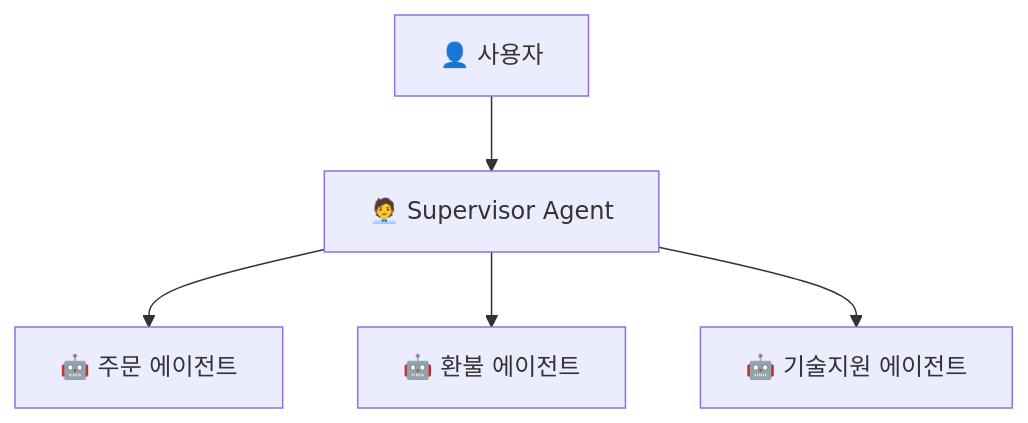
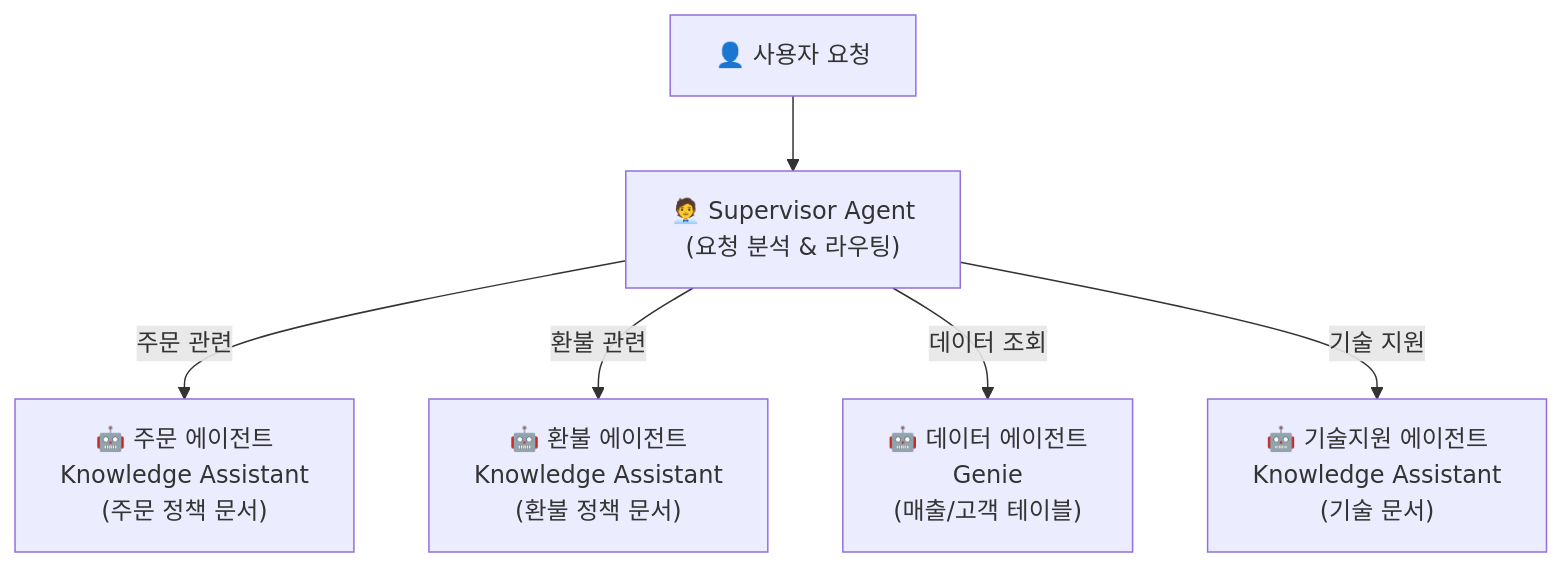
The second of 2 diagrams in 10-agent-development/agent-bricks.md (SimyungYang/simyung-dbx-training), drawn with Mermaid before and after one commit. The commit also changed other lines of this file and 3 other files, not shown here.

````diff
--- a/10-agent-development/agent-bricks.md
+++ b/10-agent-development/agent-bricks.md
@@ -35,7 +73,8 @@
 ```mermaid
 graph TB
-    U["👤 사용자"] --> S["🧑‍💼 Supervisor Agent"]
-    S --> A1["🤖 주문 에이전트"]
-    S --> A2["🤖 환불 에이전트"]
-    S --> A3["🤖 기술지원 에이전트"]
+    U["👤 사용자 요청"] --> S["🧑‍💼 Supervisor Agent<br/>(요청 분석 & 라우팅)"]
+    S -->|"주문 관련"| A1["🤖 주문 에이전트<br/>Knowledge Assistant<br/>(주문 정책 문서)"]
+    S -->|"환불 관련"| A2["🤖 환불 에이전트<br/>Knowledge Assistant<br/>(환불 정책 문서)"]
+    S -->|"데이터 조회"| A3["🤖 데이터 에이전트<br/>Genie<br/>(매출/고객 테이블)"]
+    S -->|"기술 지원"| A4["🤖 기술지원 에이전트<br/>Knowledge Assistant<br/>(기술 문서)"]
 ```
````
